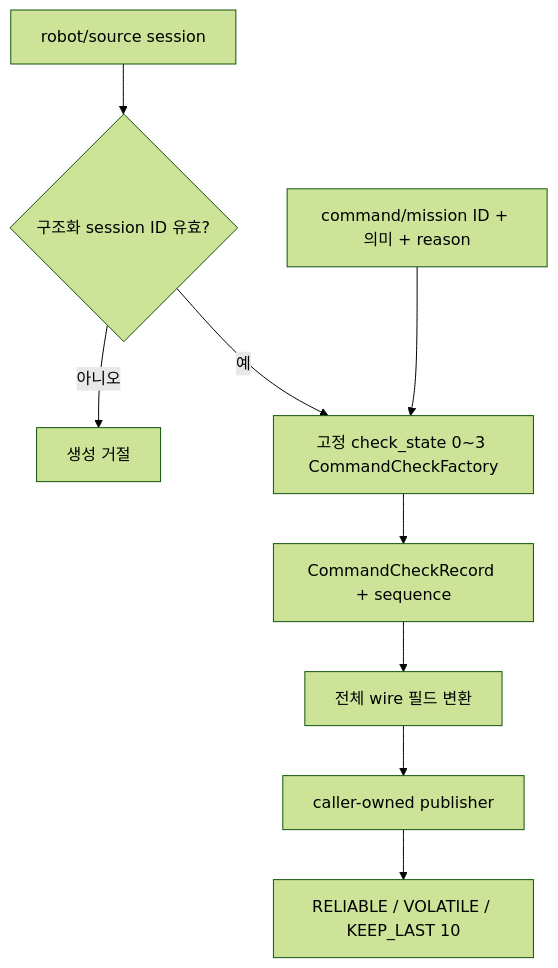
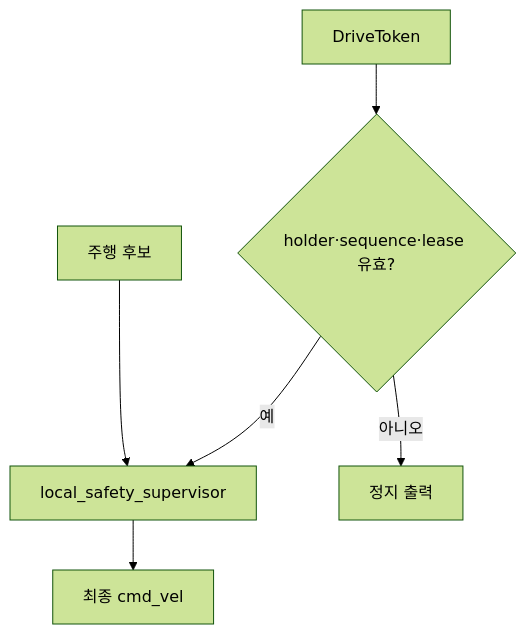
Before and after one commit to suuuhululu/patrol: the second of 3 diagrams in docs/amr.md, drawn with Mermaid (forest theme). The commit also changed other lines of this file and 16 other files, not shown here.

````diff
--- a/docs/amr.md
+++ b/docs/amr.md
@@ -190,11 +94,8 @@
-~~~mermaid
+```mermaid
 flowchart TD
-    CFG[robot/source session] --> VALID{구조화 session ID 유효?}
-    VALID -->|아니오| FAIL[생성 거절]
-    VALID -->|예| FACTORY[고정 check_state 0~3 CommandCheckFactory]
-    INPUT[command/mission ID + 의미 + reason] --> FACTORY
-    FACTORY --> RECORD[CommandCheckRecord + sequence]
-    RECORD --> MAP[전체 wire 필드 변환]
-    MAP --> PUB[caller-owned publisher]
-    PUB --> QOS[RELIABLE / VOLATILE / KEEP_LAST 10]
-~~~
+    C[주행 후보] --> S[local_safety_supervisor]
+    T[DriveToken] --> V{holder·sequence·lease 유효?}
+    V -->|예| S
+    V -->|아니오| Z[정지 출력]
+    S --> O[최종 cmd_vel]
+```
````
